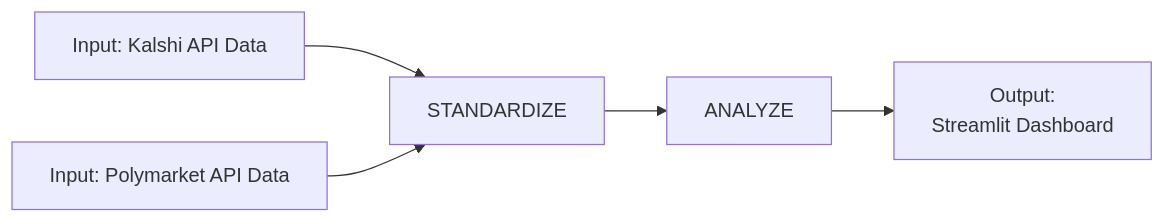
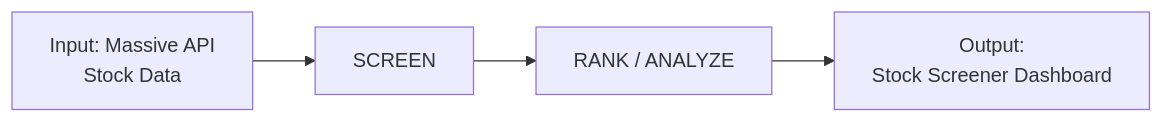
Before and after one commit to datik01/SYSEN5381-DSAI: the diagram in 03_query_ai/process_diagram.md, drawn with Mermaid. The commit also changed other lines of this file, not shown here.

Commit message:
process_diagram: stock screener pipeline, add RANK/ANALYZE block

````diff
--- a/03_query_ai/process_diagram.md
+++ b/03_query_ai/process_diagram.md
@@ -14,7 +14,6 @@
 ```mermaid
 flowchart LR
-    A[Input: Kalshi API Data] --> B[STANDARDIZE]
-    C[Input: Polymarket API Data] --> B
-    B --> D[ANALYZE]
-    D --> E[Output:<br>Streamlit Dashboard]
+    A[Input: Massive API<br>Stock Data] --> B[SCREEN]
+    B --> C[RANK / ANALYZE]
+    C --> D[Output:<br>Stock Screener Dashboard]
 ```
````
